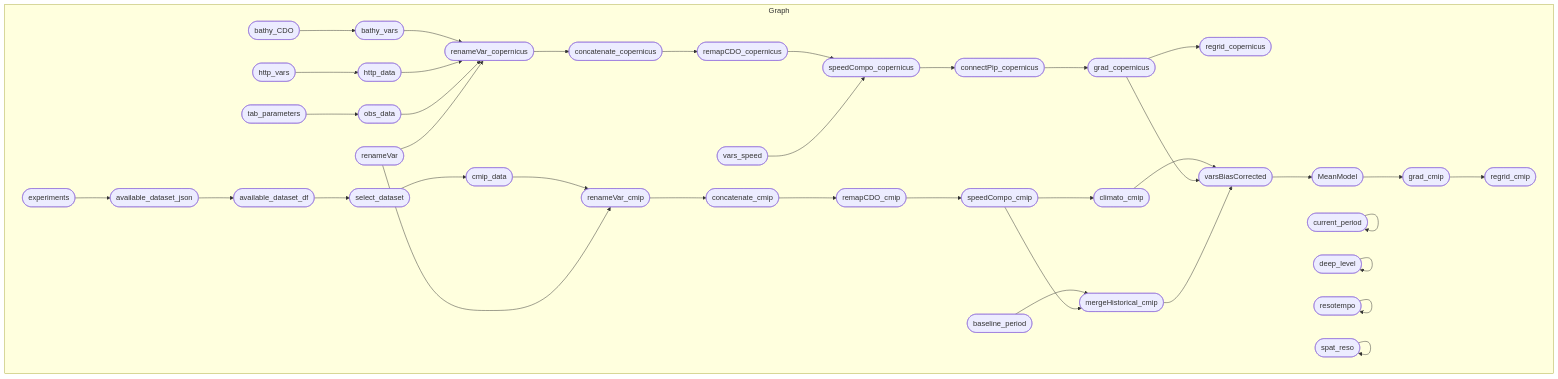
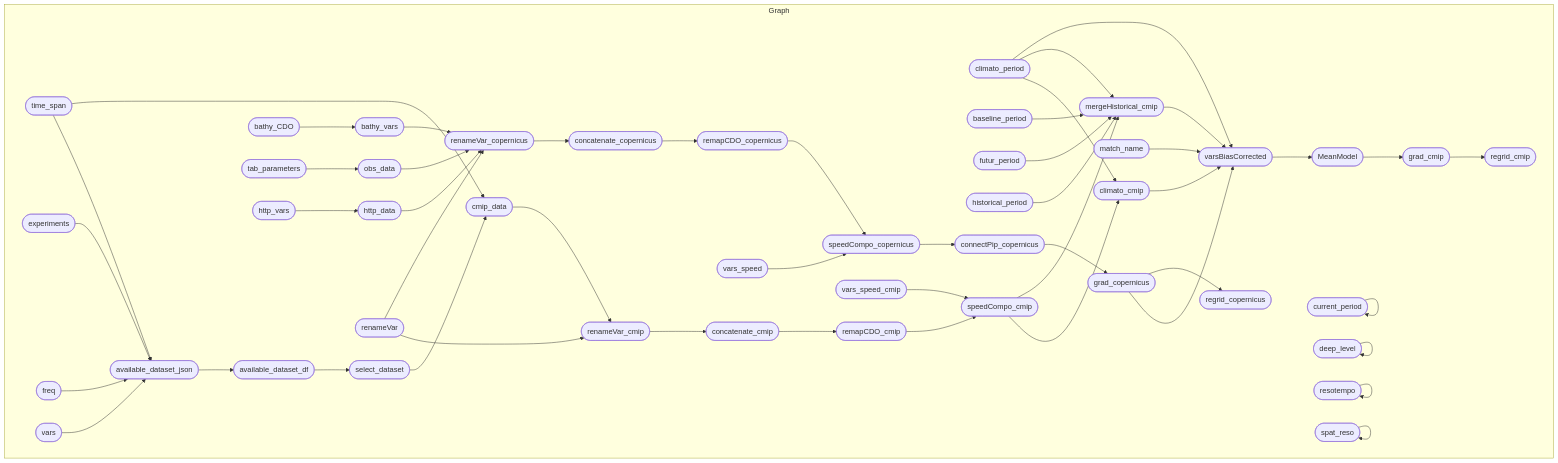
The diagram in README.md (r-fernandezz/downshape), drawn with Mermaid before and after one commit. The commit also changed other lines of this file and 2 other files, not shown here.

Commit message:
🐛 BUG: fixed bug regrid with cdo

````diff
--- a/README.md
+++ b/README.md
@@ -23,42 +23,53 @@
 ``` mermaid
 graph LR
   subgraph Graph
     direction LR
-    x37179b61a203cbd3(["grad_copernicus"]):::outdated --> x86e690a15fc5d647(["regrid_copernicus"]):::outdated
-    xd8e5f2013a341013(["cmip_data"]):::outdated --> x0262297569c18022(["renameVar_cmip"]):::outdated
-    xd15c82dcb79a7c2e(["renameVar"]):::outdated --> x0262297569c18022(["renameVar_cmip"]):::outdated
-    x178958aede3793d9(["varsBiasCorrected"]):::outdated --> x0754d07deb71dd34(["MeanModel"]):::outdated
     xe895740a9b7896f7(["available_dataset_df"]):::outdated --> x3f5ab24ee8d242b4(["select_dataset"]):::outdated
-    x4c3d86d2401270ef(["grad_cmip"]):::outdated --> x14e8a4fa0f44afa5(["regrid_cmip"]):::outdated
-    x9289bfb53112cf3b(["concatenate_copernicus"]):::outdated --> xec6283d15a25ed08(["remapCDO_copernicus"]):::outdated
-    xe44467b2b079fc18(["renameVar_copernicus"]):::outdated --> x9289bfb53112cf3b(["concatenate_copernicus"]):::outdated
-    x6fcf9b0e7fc429ff(["available_dataset_json"]):::outdated --> xe895740a9b7896f7(["available_dataset_df"]):::outdated
+    xb5817e1daca13dcc(["bathy_vars"]):::outdated --> xe44467b2b079fc18(["renameVar_copernicus"]):::outdated
+    x35b468daf9281b76(["http_data"]):::outdated --> xe44467b2b079fc18(["renameVar_copernicus"]):::outdated
+    xd7bca5ba4e5f539d(["obs_data"]):::started --> xe44467b2b079fc18(["renameVar_copernicus"]):::outdated
+    xd15c82dcb79a7c2e(["renameVar"]):::uptodate --> xe44467b2b079fc18(["renameVar_copernicus"]):::outdated
     x0754d07deb71dd34(["MeanModel"]):::outdated --> x4c3d86d2401270ef(["grad_cmip"]):::outdated
     x3f5ab24ee8d242b4(["select_dataset"]):::outdated --> xd8e5f2013a341013(["cmip_data"]):::outdated
+    x2c0118dd07b06ac8(["time_span"]):::outdated --> xd8e5f2013a341013(["cmip_data"]):::outdated
+    x37179b61a203cbd3(["grad_copernicus"]):::outdated --> x86e690a15fc5d647(["regrid_copernicus"]):::outdated
+    xf5c6fd225c377a3d(["bathy_CDO"]):::uptodate --> xb5817e1daca13dcc(["bathy_vars"]):::outdated
+    x4301c707c2ab0cdc(["tab_parameters"]):::uptodate --> xd7bca5ba4e5f539d(["obs_data"]):::started
+    x0c817e56268c947c(["climato_cmip"]):::outdated --> x178958aede3793d9(["varsBiasCorrected"]):::outdated
+    xbbe4eafa679df977(["climato_period"]):::outdated --> x178958aede3793d9(["varsBiasCorrected"]):::outdated
+    x37179b61a203cbd3(["grad_copernicus"]):::outdated --> x178958aede3793d9(["varsBiasCorrected"]):::outdated
+    xab1c13260db879af(["match_name"]):::outdated --> x178958aede3793d9(["varsBiasCorrected"]):::outdated
+    xf21dac5ab86940da(["mergeHistorical_cmip"]):::outdated --> x178958aede3793d9(["varsBiasCorrected"]):::outdated
+    x9289bfb53112cf3b(["concatenate_copernicus"]):::outdated --> xec6283d15a25ed08(["remapCDO_copernicus"]):::outdated
+    x21b09bf88a2ff147(["baseline_period"]):::uptodate --> xf21dac5ab86940da(["mergeHistorical_cmip"]):::outdated
+    xbbe4eafa679df977(["climato_period"]):::outdated --> xf21dac5ab86940da(["mergeHistorical_cmip"]):::outdated
+    xbce5cad1cf7e7103(["futur_period"]):::outdated --> xf21dac5ab86940da(["mergeHistorical_cmip"]):::outdated
+    x57dd1d5e854c11b6(["historical_period"]):::outdated --> xf21dac5ab86940da(["mergeHistorical_cmip"]):::outdated
+    xe5de19f3be59da20(["speedCompo_cmip"]):::outdated --> xf21dac5ab86940da(["mergeHistorical_cmip"]):::outdated
+    xf4b49e2ba07661b1(["remapCDO_cmip"]):::outdated --> xe5de19f3be59da20(["speedCompo_cmip"]):::outdated
+    x7a197bdf5f12681a(["vars_speed_cmip"]):::outdated --> xe5de19f3be59da20(["speedCompo_cmip"]):::outdated
+    xec6283d15a25ed08(["remapCDO_copernicus"]):::outdated --> xfc6ed28680e5db72(["speedCompo_copernicus"]):::outdated
+    xca459201a27e8460(["vars_speed"]):::uptodate --> xfc6ed28680e5db72(["speedCompo_copernicus"]):::outdated
+    x71e926299248ce3f(["http_vars"]):::uptodate --> x35b468daf9281b76(["http_data"]):::outdated
+    xfc6ed28680e5db72(["speedCompo_copernicus"]):::outdated --> xd2707862cf793d3a(["connectPip_copernicus"]):::outdated
+    xe44467b2b079fc18(["renameVar_copernicus"]):::outdated --> x9289bfb53112cf3b(["concatenate_copernicus"]):::outdated
+    xac02e5e58926353b(["experiments"]):::uptodate --> x6fcf9b0e7fc429ff(["available_dataset_json"]):::outdated
+    x906e78a8df9f52cb(["freq"]):::outdated --> x6fcf9b0e7fc429ff(["available_dataset_json"]):::outdated
+    x2c0118dd07b06ac8(["time_span"]):::outdated --> x6fcf9b0e7fc429ff(["available_dataset_json"]):::outdated
+    x8f15ec77b8dbd81a(["vars"]):::outdated --> x6fcf9b0e7fc429ff(["available_dataset_json"]):::outdated
+    x178958aede3793d9(["varsBiasCorrected"]):::outdated --> x0754d07deb71dd34(["MeanModel"]):::outdated
+    xd8e5f2013a341013(["cmip_data"]):::outdated --> x0262297569c18022(["renameVar_cmip"]):::outdated
+    xd15c82dcb79a7c2e(["renameVar"]):::uptodate --> x0262297569c18022(["renameVar_cmip"]):::outdated
+    xd2707862cf793d3a(["connectPip_copernicus"]):::outdated --> x37179b61a203cbd3(["grad_copernicus"]):::outdated
+    x6fcf9b0e7fc429ff(["available_dataset_json"]):::outdated --> xe895740a9b7896f7(["available_dataset_df"]):::outdated
+    xbbe4eafa679df977(["climato_period"]):::outdated --> x0c817e56268c947c(["climato_cmip"]):::outdated
+    xe5de19f3be59da20(["speedCompo_cmip"]):::outdated --> x0c817e56268c947c(["climato_cmip"]):::outdated
+    x4fe875b2492d0106(["concatenate_cmip"]):::outdated --> xf4b49e2ba07661b1(["remapCDO_cmip"]):::outdated
     x0262297569c18022(["renameVar_cmip"]):::outdated --> x4fe875b2492d0106(["concatenate_cmip"]):::outdated
-    xec6283d15a25ed08(["remapCDO_copernicus"]):::outdated --> xfc6ed28680e5db72(["speedCompo_copernicus"]):::outdated
-    xca459201a27e8460(["vars_speed"]):::outdated --> xfc6ed28680e5db72(["speedCompo_copernicus"]):::outdated
-    xb5817e1daca13dcc(["bathy_vars"]):::uptodate --> xe44467b2b079fc18(["renameVar_copernicus"]):::outdated
-    x35b468daf9281b76(["http_data"]):::uptodate --> xe44467b2b079fc18(["renameVar_copernicus"]):::outdated
-    xd7bca5ba4e5f539d(["obs_data"]):::outdated --> xe44467b2b079fc18(["renameVar_copernicus"]):::outdated
-    xd15c82dcb79a7c2e(["renameVar"]):::outdated --> xe44467b2b079fc18(["renameVar_copernicus"]):::outdated
-    x4fe875b2492d0106(["concatenate_cmip"]):::outdated --> xf4b49e2ba07661b1(["remapCDO_cmip"]):::outdated
-    xf5c6fd225c377a3d(["bathy_CDO"]):::uptodate --> xb5817e1daca13dcc(["bathy_vars"]):::uptodate
-    x71e926299248ce3f(["http_vars"]):::uptodate --> x35b468daf9281b76(["http_data"]):::uptodate
-    xac02e5e58926353b(["experiments"]):::uptodate --> x6fcf9b0e7fc429ff(["available_dataset_json"]):::outdated
-    xd2707862cf793d3a(["connectPip_copernicus"]):::outdated --> x37179b61a203cbd3(["grad_copernicus"]):::outdated
-    xf4b49e2ba07661b1(["remapCDO_cmip"]):::outdated --> xe5de19f3be59da20(["speedCompo_cmip"]):::outdated
-    x0c817e56268c947c(["climato_cmip"]):::outdated --> x178958aede3793d9(["varsBiasCorrected"]):::outdated
-    x37179b61a203cbd3(["grad_copernicus"]):::outdated --> x178958aede3793d9(["varsBiasCorrected"]):::outdated
-    xf21dac5ab86940da(["mergeHistorical_cmip"]):::outdated --> x178958aede3793d9(["varsBiasCorrected"]):::outdated
-    x21b09bf88a2ff147(["baseline_period"]):::uptodate --> xf21dac5ab86940da(["mergeHistorical_cmip"]):::outdated
-    xe5de19f3be59da20(["speedCompo_cmip"]):::outdated --> xf21dac5ab86940da(["mergeHistorical_cmip"]):::outdated
-    x4301c707c2ab0cdc(["tab_parameters"]):::outdated --> xd7bca5ba4e5f539d(["obs_data"]):::outdated
-    xe5de19f3be59da20(["speedCompo_cmip"]):::outdated --> x0c817e56268c947c(["climato_cmip"]):::outdated
-    xfc6ed28680e5db72(["speedCompo_copernicus"]):::outdated --> xd2707862cf793d3a(["connectPip_copernicus"]):::outdated
+    x4c3d86d2401270ef(["grad_cmip"]):::outdated --> x14e8a4fa0f44afa5(["regrid_cmip"]):::outdated
     x084994fb0e480676(["current_period"]):::uptodate --> x084994fb0e480676(["current_period"]):::uptodate
     x625f066a5f205ec8(["deep_level"]):::uptodate --> x625f066a5f205ec8(["deep_level"]):::uptodate
-    x55a14a7f5821bbec(["resotempo"]):::outdated --> x55a14a7f5821bbec(["resotempo"]):::outdated
-    xe73cbbcc20086ecd(["spat_reso"]):::outdated --> xe73cbbcc20086ecd(["spat_reso"]):::outdated
+    x55a14a7f5821bbec(["resotempo"]):::uptodate --> x55a14a7f5821bbec(["resotempo"]):::uptodate
+    xe73cbbcc20086ecd(["spat_reso"]):::uptodate --> xe73cbbcc20086ecd(["spat_reso"]):::uptodate
   end
 ```
````
